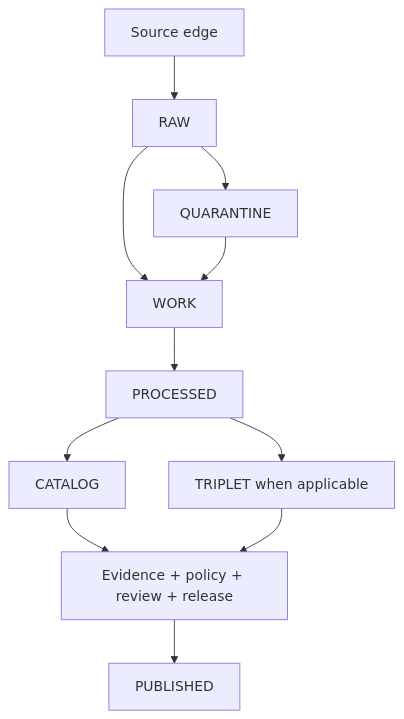
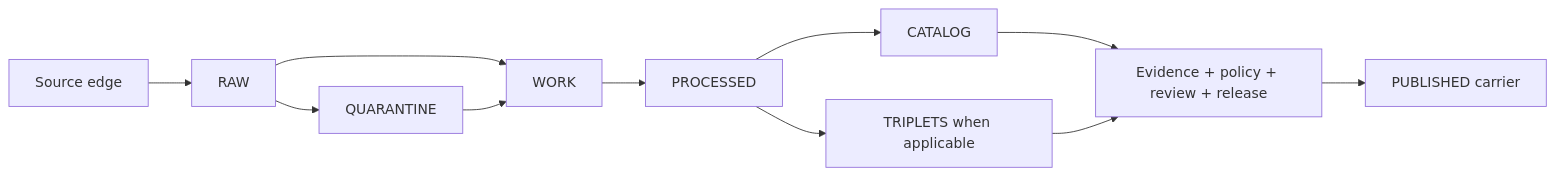
One commit to bartytime4life/Kansas-Frontier-Matrix changed the diagram in docs/architecture/SKELETON_MAP.md. Above: the diagram before and after it, drawn with Mermaid. The commit also changed other lines of this file, not shown here.

Commit message:
docs(architecture): ground Skeleton Map topology

````diff
--- a/docs/architecture/SKELETON_MAP.md
+++ b/docs/architecture/SKELETON_MAP.md
@@ -258,13 +378,13 @@
 ```mermaid
-flowchart TD
+flowchart LR
   source["Source edge"] --> raw["RAW"]
   raw --> work["WORK"]
   raw --> quarantine["QUARANTINE"]
   quarantine --> work
   work --> processed["PROCESSED"]
   processed --> catalog["CATALOG"]
-  processed --> triplet["TRIPLET when applicable"]
+  processed --> triplets["TRIPLETS when applicable"]
   catalog --> gate["Evidence + policy + review + release"]
-  triplet --> gate
-  gate --> published["PUBLISHED"]
+  triplets --> gate
+  gate --> published["PUBLISHED carrier"]
 ```
````
